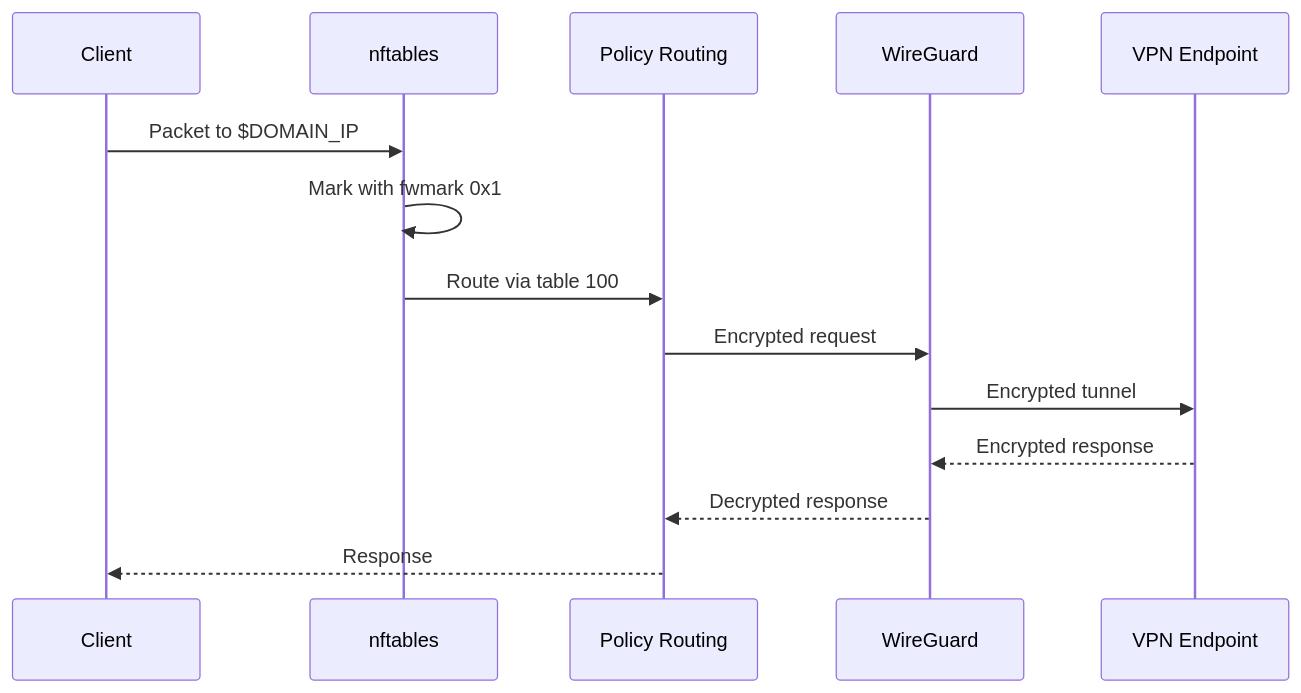
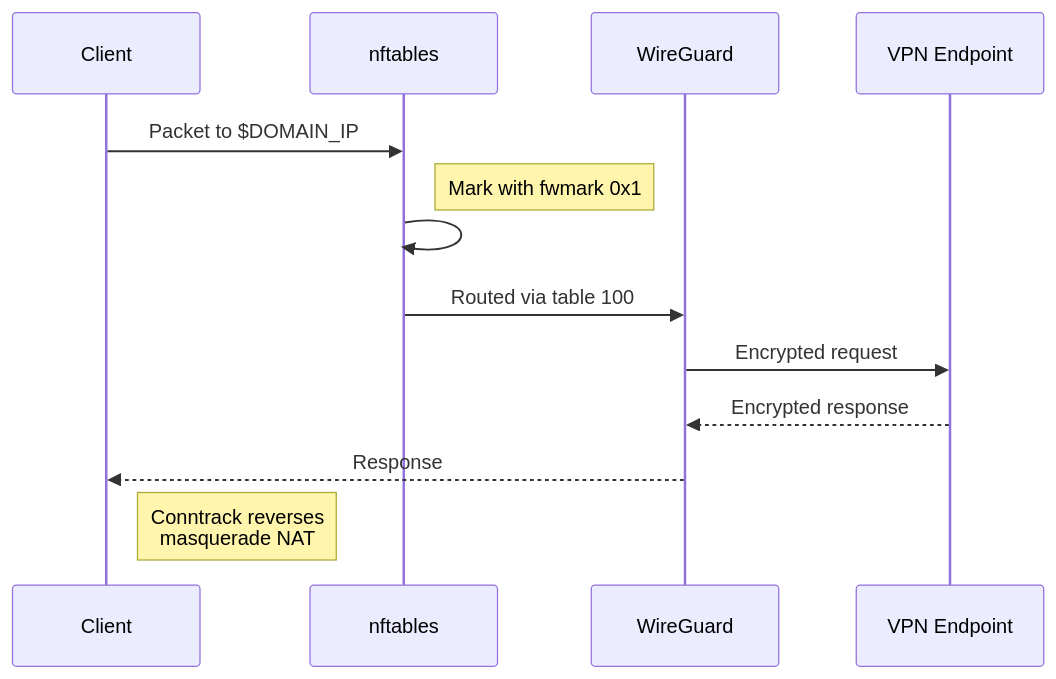
One commit to starsandmanifolds/starsandmanifolds.xyz changed the second of 2 diagrams in src/content/blog/2025-12-31-domain-based-split-tunneling-using-wireguard.md. Above: the diagram before and after it, drawn with Mermaid. The commit also changed other lines of this file and 1 other file, not shown here.

Commit message:
fix: update color scheme in app.css and improve sequence diagram clarity in WireGuard documentation

````diff
--- a/src/content/blog/2025-12-31-domain-based-split-tunneling-using-wireguard.md
+++ b/src/content/blog/2025-12-31-domain-based-split-tunneling-using-wireguard.md
@@ -126,17 +126,16 @@
 ```mermaid
 sequenceDiagram
     participant Client
     participant nftables
-    participant Policy Routing
     participant WireGuard
     participant VPN Endpoint
 
     Client->>nftables: Packet to $DOMAIN_IP
-    nftables->>nftables: Mark with fwmark 0x1
-    nftables->>Policy Routing: Route via table 100
-    Policy Routing->>WireGuard: Encrypted request
-    WireGuard->>VPN Endpoint: Encrypted tunnel
+    Note right of nftables: Mark with fwmark 0x1
+    nftables->>nftables:
+    nftables->>WireGuard: Routed via table 100
+    WireGuard->>VPN Endpoint: Encrypted request
     VPN Endpoint-->>WireGuard: Encrypted response
-    WireGuard-->>Policy Routing: Decrypted response
-    Policy Routing-->>Client: Response
+    WireGuard-->>Client: Response
+    Note right of Client: Conntrack reverses<br/>masquerade NAT
 ```
````
